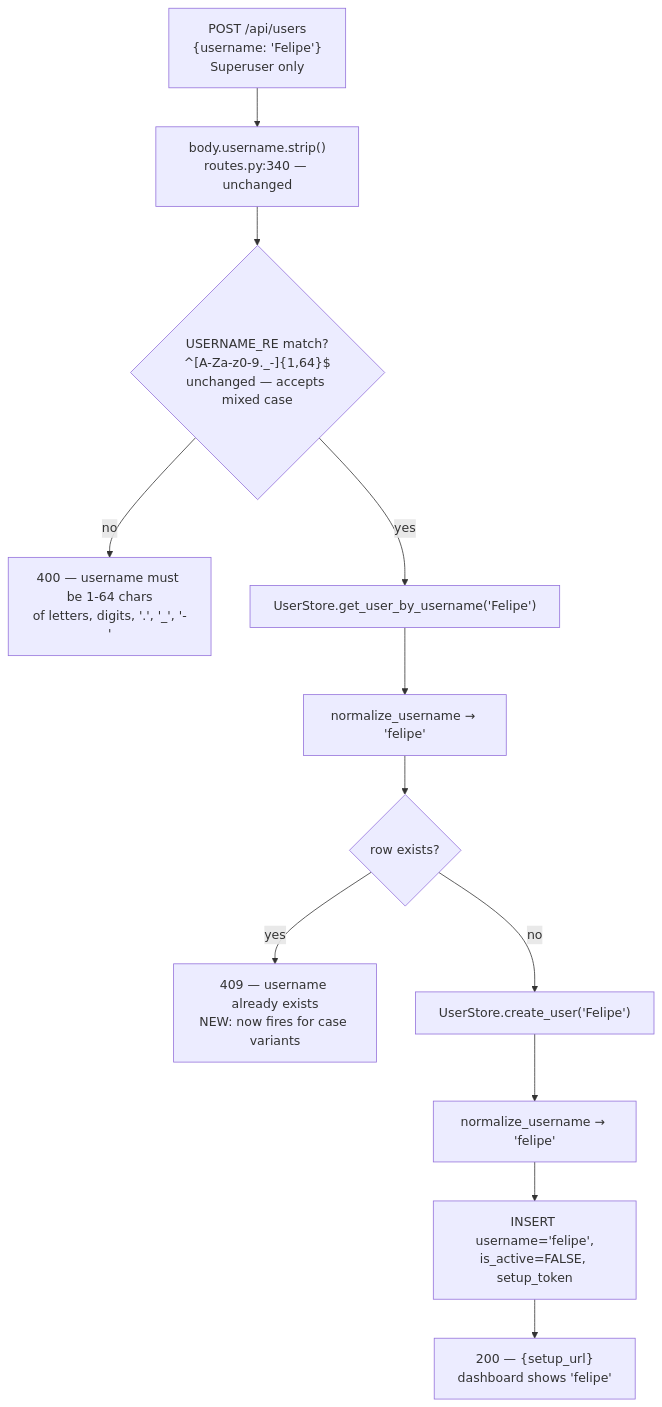
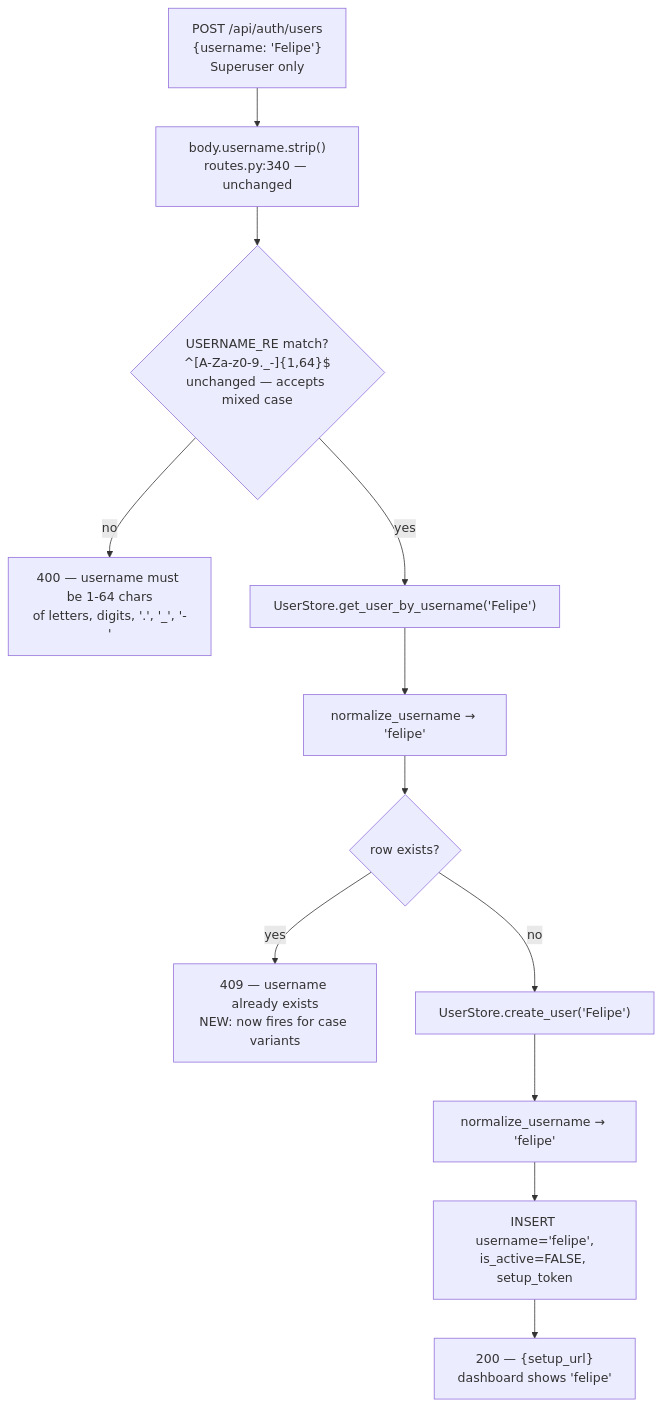
Before and after one commit to felipe-stanham/HomeHelper: the second of 5 diagrams in docs/Projects/P-0011/workflows.md, drawn with Mermaid. The commit also changed 13 other files, not shown here.

````diff
--- a/docs/Projects/P-0011/workflows.md
+++ b/docs/Projects/P-0011/workflows.md
@@ -38,14 +38,14 @@
 ```mermaid
 flowchart TD
-    A["POST /api/users<br/>{username: 'Felipe'}<br/>Superuser only"] --> B["body.username.strip()<br/>routes.py:340 — unchanged"]
+    A["POST /api/auth/users<br/>{username: 'Felipe'}<br/>Superuser only"] --> B["body.username.strip()<br/>routes.py:340 — unchanged"]
     B --> C{"USERNAME_RE match?<br/>^[A-Za-z0-9._-]{1,64}$<br/>unchanged — accepts mixed case"}
     C -->|no| D["400 — username must be 1-64 chars<br/>of letters, digits, '.', '_', '-'"]
     C -->|yes| E["UserStore.get_user_by_username('Felipe')"]
     E --> F["normalize_username → 'felipe'"]
     F --> G{"row exists?"}
     G -->|yes| H["409 — username already exists<br/>NEW: now fires for case variants"]
     G -->|no| I["UserStore.create_user('Felipe')"]
     I --> J["normalize_username → 'felipe'"]
     J --> K["INSERT username='felipe',<br/>is_active=FALSE, setup_token"]
     K --> L["200 — {setup_url}<br/>dashboard shows 'felipe'"]
 ```
````
